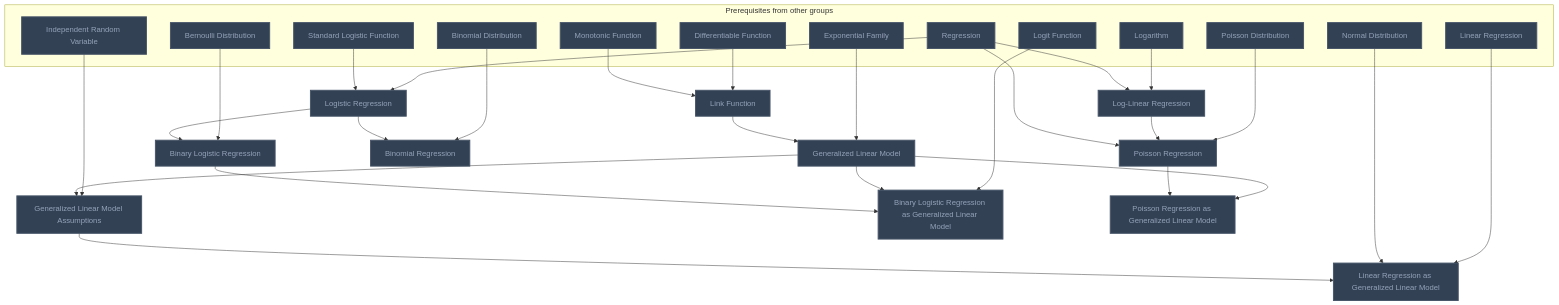
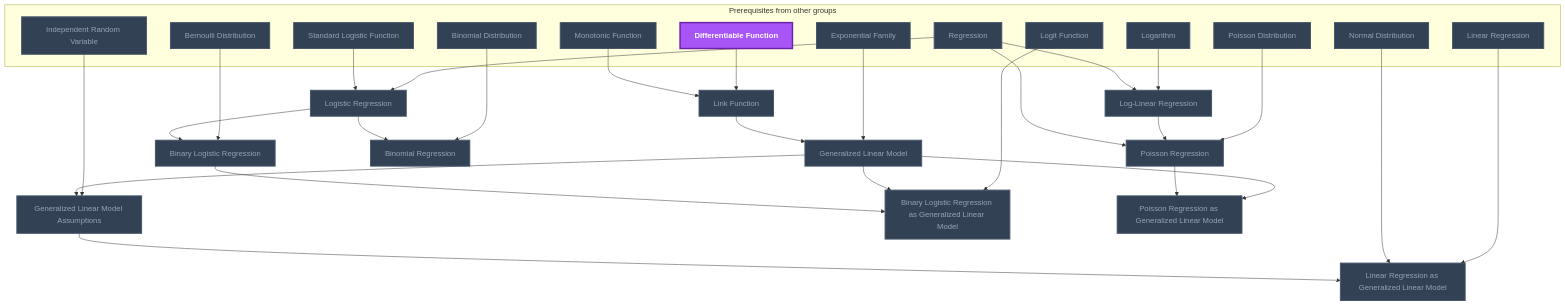
The tenth of 11 diagrams in Gamification/Skill Trees/Categorical Variable Prediction.md (MRauf1/My-Notes), drawn with Mermaid before and after one commit. The commit also changed other lines of this file and 156 other files, not shown here.

````diff
--- a/Gamification/Skill Trees/Categorical Variable Prediction.md
+++ b/Gamification/Skill Trees/Categorical Variable Prediction.md
@@ -565,65 +568,66 @@
 ```mermaid
 flowchart TD
     classDef planned fill:#1E293B,stroke:#64748B,stroke-width:2px,stroke-dasharray:5 5,color:#94A3B8;
     classDef locked fill:#334155,stroke:#475569,stroke-width:2px,color:#94A3B8;
     classDef L0 fill:#F1F5F9,stroke:#94A3B8,stroke-width:2px,color:#000000;
     classDef L1 fill:#22C55E,stroke:#15803D,stroke-width:2px,color:#000000;
     classDef L2 fill:#3B82F6,stroke:#1D4ED8,stroke-width:3px,color:#FFFFFF;
     classDef L3 fill:#A855F7,stroke:#6B21A8,stroke-width:3px,color:#FFFFFF,font-weight:bold;
     classDef L4 fill:#F97316,stroke:#C2410C,stroke-width:4px,color:#000000,font-weight:bold;
     classDef L5 fill:#FFD700,stroke:#FF8C00,stroke-width:5px,color:#000000,font-weight:bold;
     classDef rusty stroke:#8B4513,stroke-width:4px,stroke-dasharray:3 3;
     subgraph sg_prereqs["Prerequisites from other groups"]
         n_differentiable_function["Differentiable Function"]
         n_monotonic_function["Monotonic Function"]
         n_exponential_family["Exponential Family"]
         n_independent_random_variable["Independent Random Variable"]
         n_linear_regression["Linear Regression"]
         n_normal_distribution["Normal Distribution"]
         n_regression["Regression"]
         n_standard_logistic_function["Standard Logistic Function"]
         n_bernoulli_distribution["Bernoulli Distribution"]
         n_logit_function["Logit Function"]
         n_binomial_distribution["Binomial Distribution"]
         n_logarithm["Logarithm"]
         n_poisson_distribution["Poisson Distribution"]
     end
     n_link_function["Link Function"]
     n_generalized_linear_model["Generalized Linear Model"]
     n_generalized_linear_model_assumptions["Generalized Linear Model Assumptions"]
     n_linear_regression_as_generalized_linear_model["Linear Regression as Generalized Linear Model"]
     n_logistic_regression["Logistic Regression"]
     n_binary_logistic_regression["Binary Logistic Regression"]
     n_binary_logistic_regression_as_generalized_linear_model["Binary Logistic Regression as Generalized Linear Model"]
     n_binomial_regression["Binomial Regression"]
     n_log_linear_regression["Log-Linear Regression"]
     n_poisson_regression["Poisson Regression"]
     n_poisson_regression_as_generalized_linear_model["Poisson Regression as Generalized Linear Model"]
     n_differentiable_function --> n_link_function
     n_monotonic_function --> n_link_function
     n_exponential_family --> n_generalized_linear_model
     n_link_function --> n_generalized_linear_model
     n_independent_random_variable --> n_generalized_linear_model_assumptions
     n_generalized_linear_model --> n_generalized_linear_model_assumptions
     n_linear_regression --> n_linear_regression_as_generalized_linear_model
     n_normal_distribution --> n_linear_regression_as_generalized_linear_model
     n_generalized_linear_model_assumptions --> n_linear_regression_as_generalized_linear_model
     n_regression --> n_logistic_regression
     n_standard_logistic_function --> n_logistic_regression
     n_bernoulli_distribution --> n_binary_logistic_regression
     n_logistic_regression --> n_binary_logistic_regression
     n_logit_function --> n_binary_logistic_regression_as_generalized_linear_model
     n_generalized_linear_model --> n_binary_logistic_regression_as_generalized_linear_model
     n_binary_logistic_regression --> n_binary_logistic_regression_as_generalized_linear_model
     n_binomial_distribution --> n_binomial_regression
     n_logistic_regression --> n_binomial_regression
     n_logarithm --> n_log_linear_regression
     n_regression --> n_log_linear_regression
     n_poisson_distribution --> n_poisson_regression
     n_log_linear_regression --> n_poisson_regression
     n_generalized_linear_model --> n_poisson_regression_as_generalized_linear_model
     n_poisson_regression --> n_poisson_regression_as_generalized_linear_model
     n_regression --> n_poisson_regression
-    class n_differentiable_function,n_monotonic_function,n_exponential_family,n_independent_random_variable,n_linear_regression,n_normal_distribution,n_regression,n_standard_logistic_function,n_bernoulli_distribution,n_logit_function,n_binomial_distribution,n_logarithm,n_poisson_distribution,n_link_function,n_generalized_linear_model,n_generalized_linear_model_assumptions,n_linear_regression_as_generalized_linear_model,n_logistic_regression,n_binary_logistic_regression,n_binary_logistic_regression_as_generalized_linear_model,n_binomial_regression,n_log_linear_regression,n_poisson_regression,n_poisson_regression_as_generalized_linear_model locked;
+    class n_monotonic_function,n_exponential_family,n_independent_random_variable,n_linear_regression,n_normal_distribution,n_regression,n_standard_logistic_function,n_bernoulli_distribution,n_logit_function,n_binomial_distribution,n_logarithm,n_poisson_distribution,n_link_function,n_generalized_linear_model,n_generalized_linear_model_assumptions,n_linear_regression_as_generalized_linear_model,n_logistic_regression,n_binary_logistic_regression,n_binary_logistic_regression_as_generalized_linear_model,n_binomial_regression,n_log_linear_regression,n_poisson_regression,n_poisson_regression_as_generalized_linear_model locked;
+    class n_differentiable_function L3;
     class n_differentiable_function,n_monotonic_function,n_exponential_family,n_independent_random_variable,n_linear_regression,n_normal_distribution,n_regression,n_standard_logistic_function,n_bernoulli_distribution,n_logit_function,n_binomial_distribution,n_logarithm,n_poisson_distribution,n_link_function,n_generalized_linear_model,n_generalized_linear_model_assumptions,n_linear_regression_as_generalized_linear_model,n_logistic_regression,n_binary_logistic_regression,n_binary_logistic_regression_as_generalized_linear_model,n_binomial_regression,n_log_linear_regression,n_poisson_regression,n_poisson_regression_as_generalized_linear_model internal-link;
 ```
````
